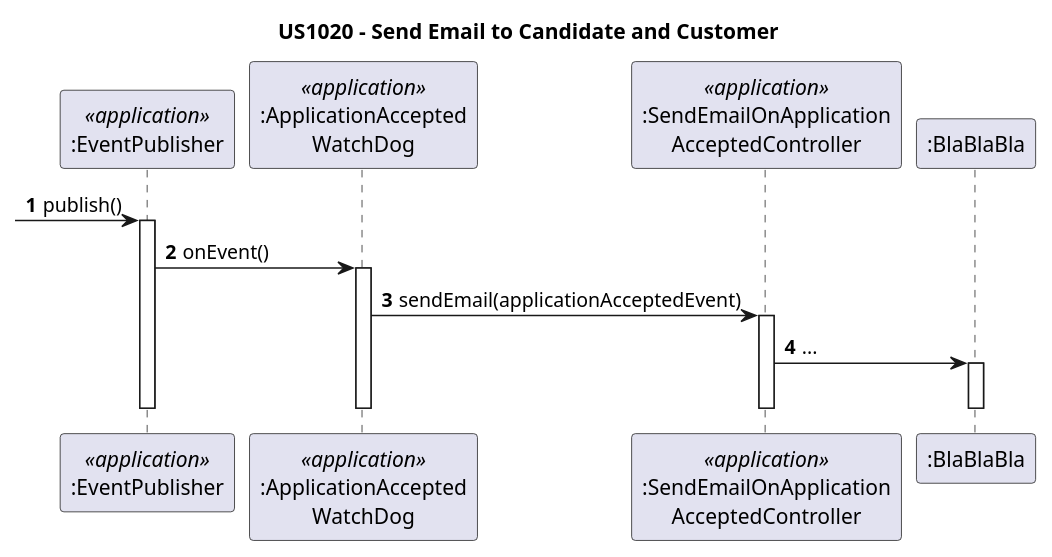
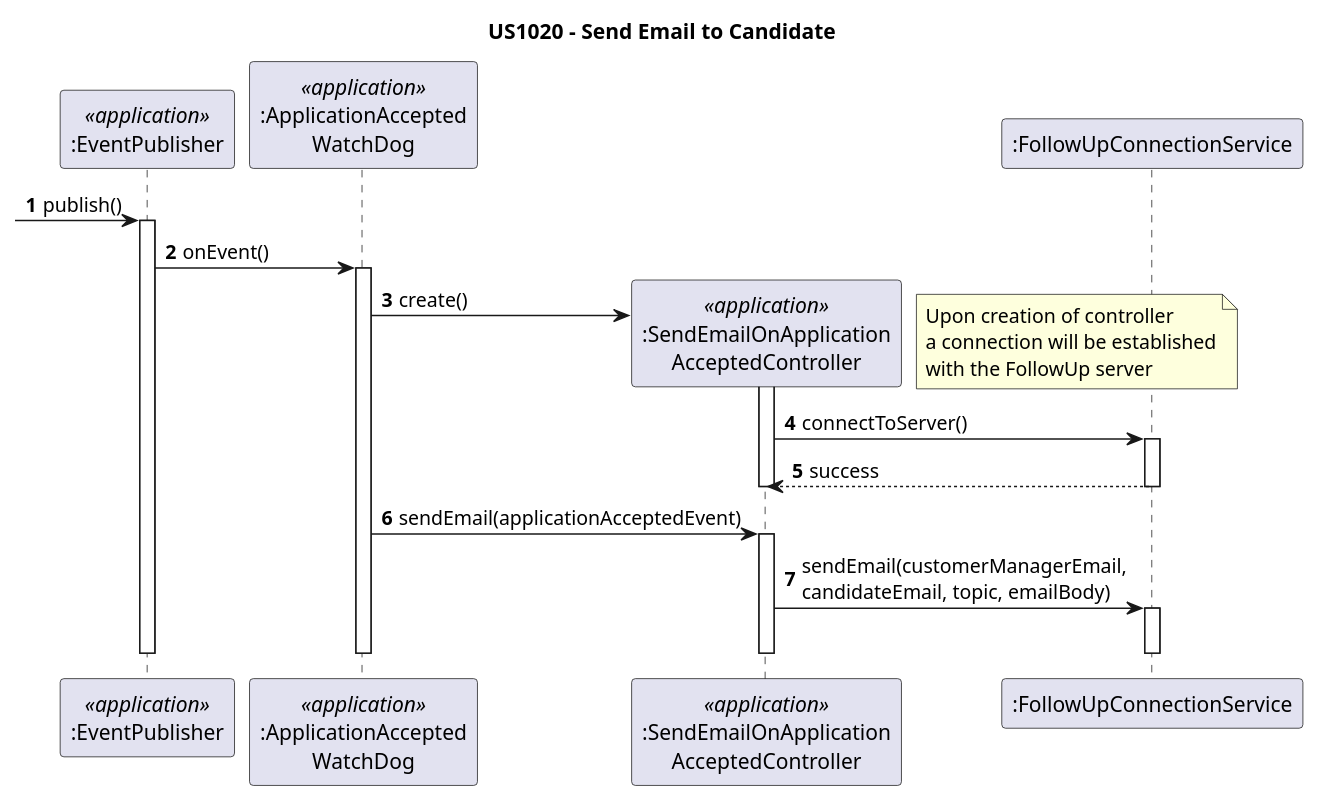
The diagram in docs/sprint-c/us_1020/design-diagrams/sequence-diagram-application-accepted.puml (rita-barbosa/LAPR4-2324), drawn with PlantUML before and after one commit. The commit also changed 7 other files, not shown here.

Commit message:
docs: updates sequence diagrams of us1020. [#178]

```diff
--- a/docs/sprint-c/us_1020/design-diagrams/sequence-diagram-application-accepted.puml
+++ b/docs/sprint-c/us_1020/design-diagrams/sequence-diagram-application-accepted.puml
@@ -1,34 +1,46 @@
 @startuml
 autonumber
 
-title US1020 - Send Email to Candidate and Customer
-
+title US1020 - Send Email to Candidate
 
 participant ":EventPublisher" as EP <<application>>
 participant ":ApplicationAccepted\nWatchDog" as WD <<application>>
 participant ":SendEmailOnApplication\nAcceptedController" as CTRL_EVENT <<application>>
-participant ":BlaBlaBla" as ENTITY
+participant ":FollowUpConnectionService" as ENTITY
 
 
  -> EP : publish()
 activate EP
 
 EP -> WD: onEvent()
 activate WD
 
+WD -> CTRL_EVENT**: create()
+activate CTRL_EVENT
+
+note right
+Upon creation of controller
+a connection will be established
+with the FollowUp server
+end note
+
+CTRL_EVENT -> ENTITY: connectToServer()
+activate ENTITY
+
+ENTITY --> CTRL_EVENT : success
+deactivate ENTITY
+deactivate CTRL_EVENT
+
+
 WD -> CTRL_EVENT: sendEmail(applicationAcceptedEvent)
 activate CTRL_EVENT
 
-CTRL_EVENT -> ENTITY: ...
+CTRL_EVENT -> ENTITY: sendEmail(customerManagerEmail,\ncandidateEmail, topic, emailBody)
 activate ENTITY
-
-
 deactivate ENTITY
 
 deactivate WD
 deactivate EP
 deactivate CTRL_EVENT
-'deactivate EMS
-
 
 @enduml
```
